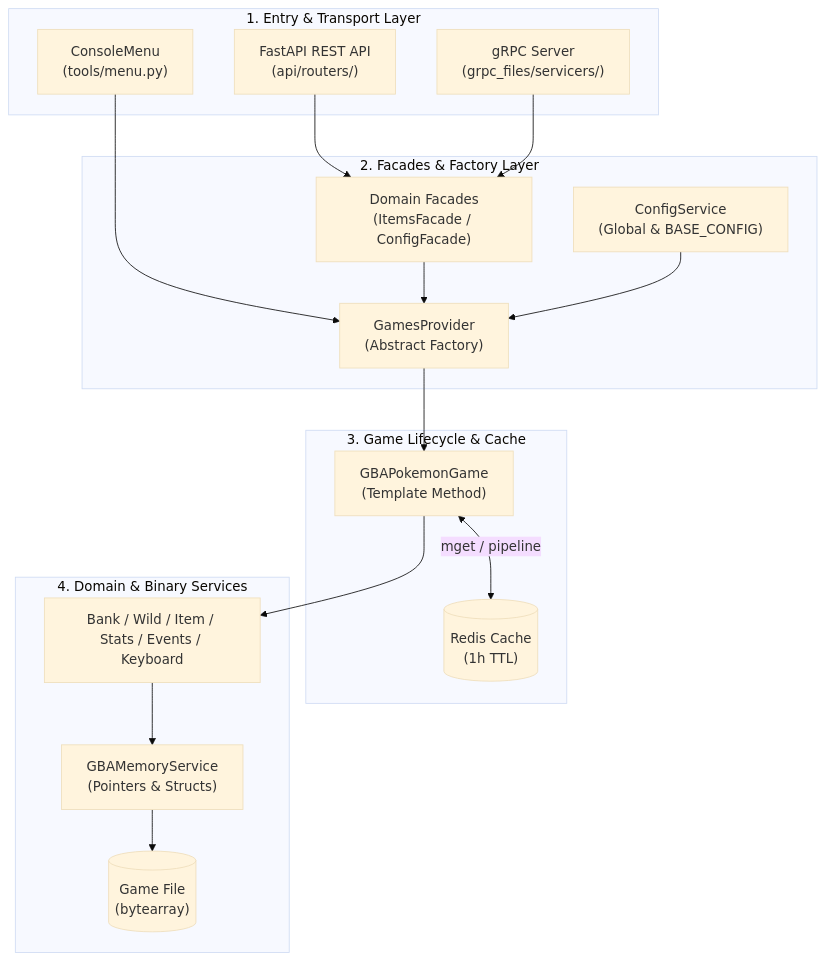
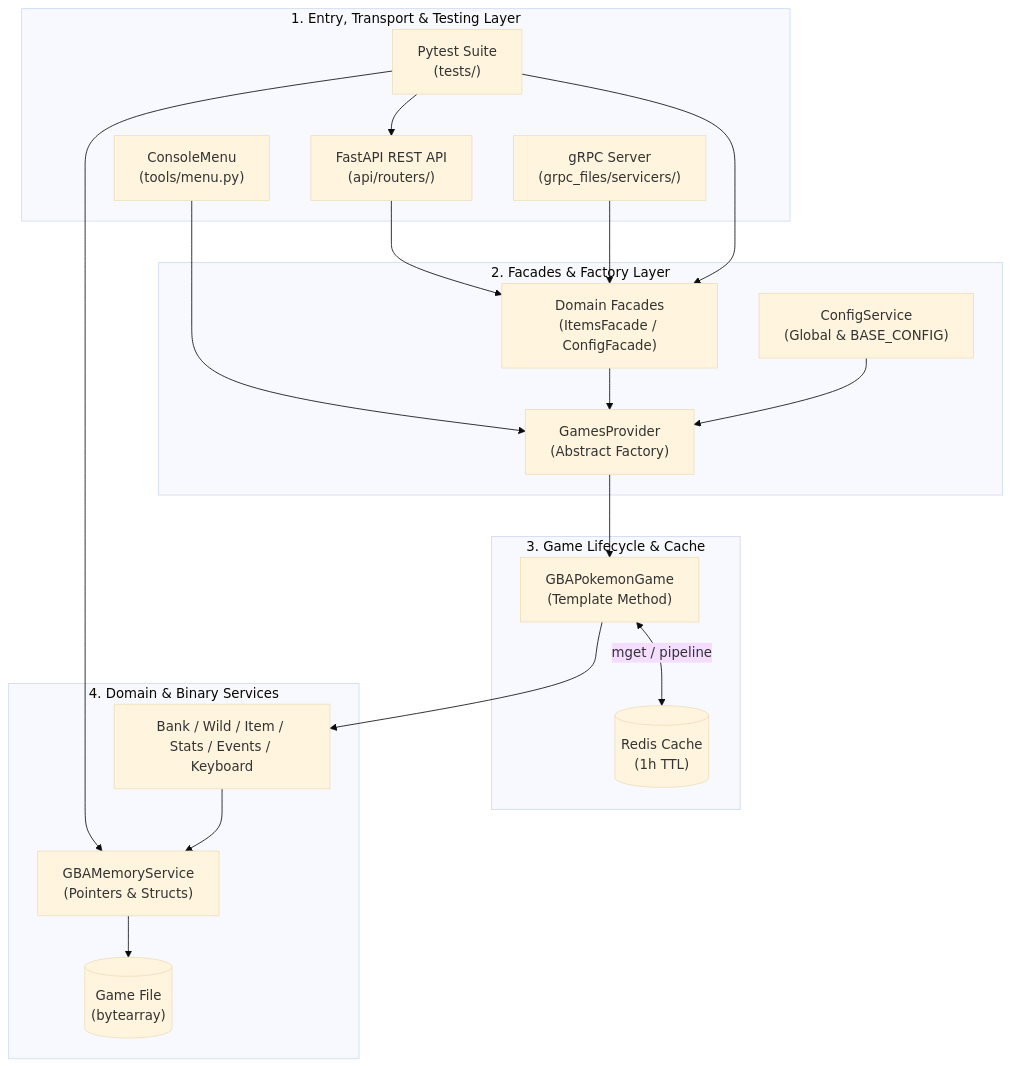
The diagram in README.md (mxdotnetsrengineer/AdvanceR_Nexus_UpGen), drawn with Mermaid (base theme) before and after one commit. The commit also changed other lines of this file and 6 other files, not shown here.

````diff
--- a/README.md
+++ b/README.md
@@ -173,36 +176,40 @@
 ```mermaid
 flowchart TD
-    subgraph Presentation ["1. Entry & Transport Layer"]
+    subgraph Presentation ["1. Entry, Transport & Testing Layer"]
         CLI["ConsoleMenu<br/>(tools/menu.py)"]
         REST["FastAPI REST API<br/>(api/routers/)"]
         GRPC["gRPC Server<br/>(grpc_files/servicers/)"]
+        Tests["Pytest Suite<br/>(tests/)"]
     end
 
     subgraph Orchestration ["2. Facades & Factory Layer"]
         Facades["Domain Facades<br/>(ItemsFacade / ConfigFacade)"]
         Config["ConfigService<br/>(Global & BASE_CONFIG)"]
         Provider["GamesProvider<br/>(Abstract Factory)"]
     end
 
     subgraph Domain ["3. Game Lifecycle & Cache"]
         Game["GBAPokemonGame<br/>(Template Method)"]
         Redis[("Redis Cache<br/>(1h TTL)")]
     end
 
     subgraph Services ["4. Domain & Binary Services"]
         DomainSvc["Bank / Wild / Item / Stats / Events / Keyboard"]
         Memory["GBAMemoryService<br/>(Pointers & Structs)"]
         GameFile[("Game File<br/>(bytearray)")]
     end
 
     CLI --> Provider
     REST --> Facades
     GRPC --> Facades
+    Tests --> REST
+    Tests --> Facades
+    Tests --> Memory
     Facades --> Provider
     Config --> Provider
     Provider --> Game
     Game <-->|mget / pipeline| Redis
     Game --> DomainSvc
     DomainSvc --> Memory
     Memory --> GameFile
 ```
````
